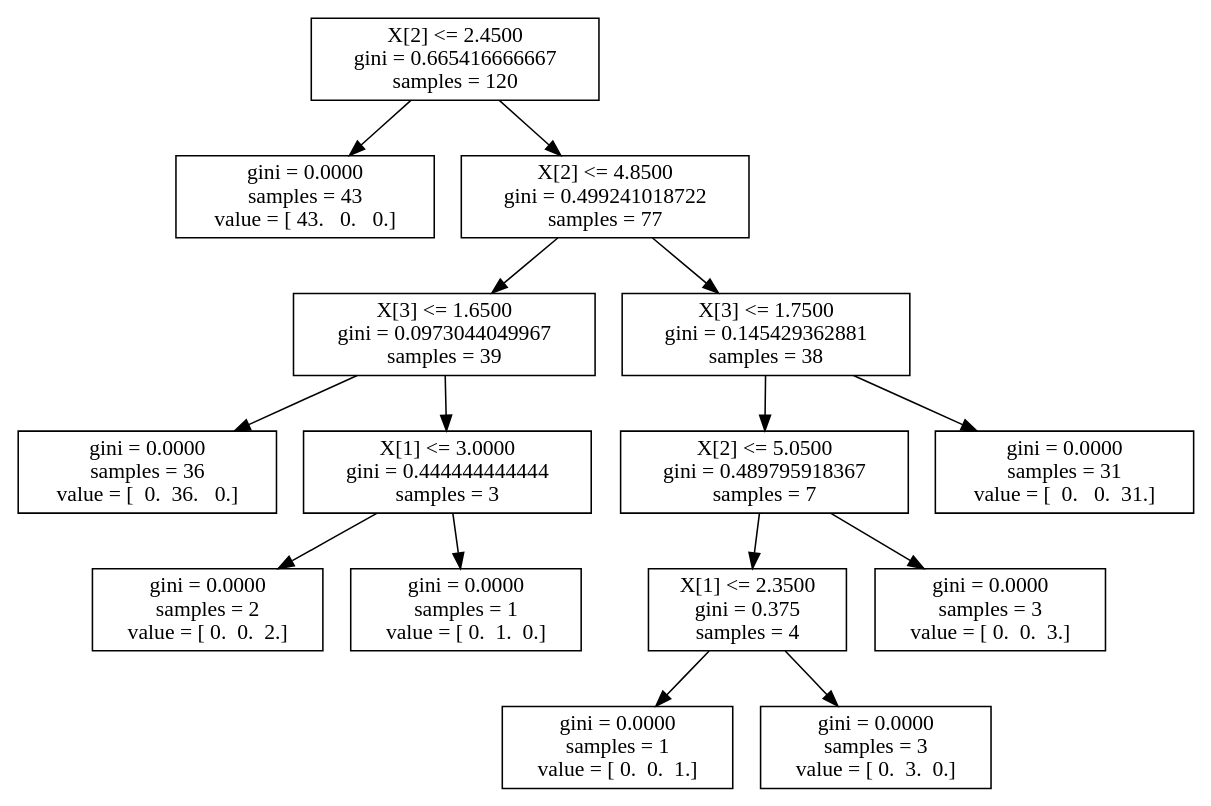
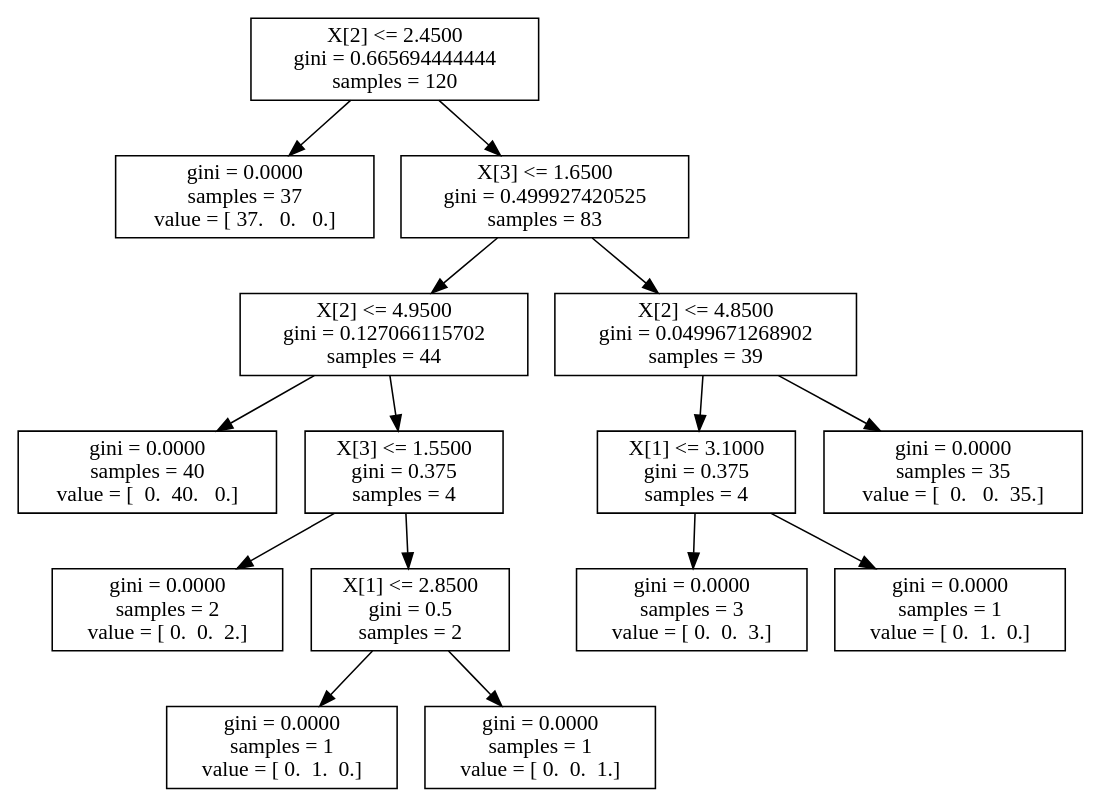
Before and after one commit to takashi-miyamoto-naviplus/spml4dm: the diagram in 4/iris.dot, drawn with Graphviz. The commit also changed 23 other files, not shown here.

```diff
--- a/4/iris.dot
+++ b/4/iris.dot
@@ -1,31 +1,31 @@
 digraph Tree {
-0 [label="X[2] <= 2.4500\ngini = 0.665416666667\nsamples = 120", shape="box"] ;
-1 [label="gini = 0.0000\nsamples = 43\nvalue = [ 43.   0.   0.]", shape="box"] ;
+0 [label="X[2] <= 2.4500\ngini = 0.665694444444\nsamples = 120", shape="box"] ;
+1 [label="gini = 0.0000\nsamples = 37\nvalue = [ 37.   0.   0.]", shape="box"] ;
 0 -> 1 ;
-2 [label="X[2] <= 4.8500\ngini = 0.499241018722\nsamples = 77", shape="box"] ;
+2 [label="X[3] <= 1.6500\ngini = 0.499927420525\nsamples = 83", shape="box"] ;
 0 -> 2 ;
-3 [label="X[3] <= 1.6500\ngini = 0.0973044049967\nsamples = 39", shape="box"] ;
+3 [label="X[2] <= 4.9500\ngini = 0.127066115702\nsamples = 44", shape="box"] ;
 2 -> 3 ;
-4 [label="gini = 0.0000\nsamples = 36\nvalue = [  0.  36.   0.]", shape="box"] ;
+4 [label="gini = 0.0000\nsamples = 40\nvalue = [  0.  40.   0.]", shape="box"] ;
 3 -> 4 ;
-5 [label="X[1] <= 3.0000\ngini = 0.444444444444\nsamples = 3", shape="box"] ;
+5 [label="X[3] <= 1.5500\ngini = 0.375\nsamples = 4", shape="box"] ;
 3 -> 5 ;
 6 [label="gini = 0.0000\nsamples = 2\nvalue = [ 0.  0.  2.]", shape="box"] ;
 5 -> 6 ;
-7 [label="gini = 0.0000\nsamples = 1\nvalue = [ 0.  1.  0.]", shape="box"] ;
+7 [label="X[1] <= 2.8500\ngini = 0.5\nsamples = 2", shape="box"] ;
 5 -> 7 ;
-8 [label="X[3] <= 1.7500\ngini = 0.145429362881\nsamples = 38", shape="box"] ;
-2 -> 8 ;
-9 [label="X[2] <= 5.0500\ngini = 0.489795918367\nsamples = 7", shape="box"] ;
-8 -> 9 ;
-10 [label="X[1] <= 2.3500\ngini = 0.375\nsamples = 4", shape="box"] ;
-9 -> 10 ;
-11 [label="gini = 0.0000\nsamples = 1\nvalue = [ 0.  0.  1.]", shape="box"] ;
+8 [label="gini = 0.0000\nsamples = 1\nvalue = [ 0.  1.  0.]", shape="box"] ;
+7 -> 8 ;
+9 [label="gini = 0.0000\nsamples = 1\nvalue = [ 0.  0.  1.]", shape="box"] ;
+7 -> 9 ;
+10 [label="X[2] <= 4.8500\ngini = 0.0499671268902\nsamples = 39", shape="box"] ;
+2 -> 10 ;
+11 [label="X[1] <= 3.1000\ngini = 0.375\nsamples = 4", shape="box"] ;
 10 -> 11 ;
-12 [label="gini = 0.0000\nsamples = 3\nvalue = [ 0.  3.  0.]", shape="box"] ;
-10 -> 12 ;
-13 [label="gini = 0.0000\nsamples = 3\nvalue = [ 0.  0.  3.]", shape="box"] ;
-9 -> 13 ;
-14 [label="gini = 0.0000\nsamples = 31\nvalue = [  0.   0.  31.]", shape="box"] ;
-8 -> 14 ;
+12 [label="gini = 0.0000\nsamples = 3\nvalue = [ 0.  0.  3.]", shape="box"] ;
+11 -> 12 ;
+13 [label="gini = 0.0000\nsamples = 1\nvalue = [ 0.  1.  0.]", shape="box"] ;
+11 -> 13 ;
+14 [label="gini = 0.0000\nsamples = 35\nvalue = [  0.   0.  35.]", shape="box"] ;
+10 -> 14 ;
 }
```
